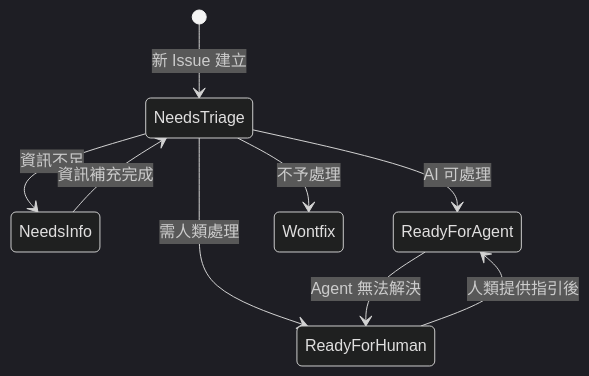
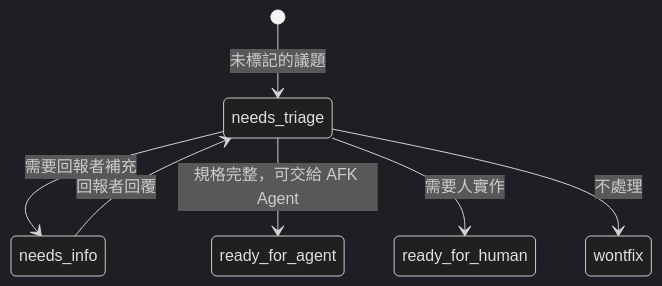
Diagram 13 of 14 in content/posts/教學/AI開發/mattpocock skills 教學手冊.md (chihhung/Blog), drawn with Mermaid (dark theme) before and after one commit. The commit also changed other lines of this file and 1 other file, not shown here.

````diff
--- a/content/posts/教學/AI開發/mattpocock skills 教學手冊.md
+++ b/content/posts/教學/AI開發/mattpocock skills 教學手冊.md
@@ -2077,11 +3278,9 @@
 ```mermaid
 stateDiagram-v2
-    [*] --> NeedsTriage: 新 Issue 建立
-    NeedsTriage --> NeedsInfo: 資訊不足
-    NeedsTriage --> ReadyForAgent: AI 可處理
-    NeedsTriage --> ReadyForHuman: 需人類處理
-    NeedsTriage --> Wontfix: 不予處理
-    NeedsInfo --> NeedsTriage: 資訊補充完成
-    ReadyForAgent --> ReadyForHuman: Agent 無法解決
-    ReadyForHuman --> ReadyForAgent: 人類提供指引後
+    [*] --> needs_triage: 未標記的議題
+    needs_triage --> needs_info: 需要回報者補充
+    needs_info --> needs_triage: 回報者回覆
+    needs_triage --> ready_for_agent: 規格完整，可交給 AFK Agent
+    needs_triage --> ready_for_human: 需要人實作
+    needs_triage --> wontfix: 不處理
 ```
````
